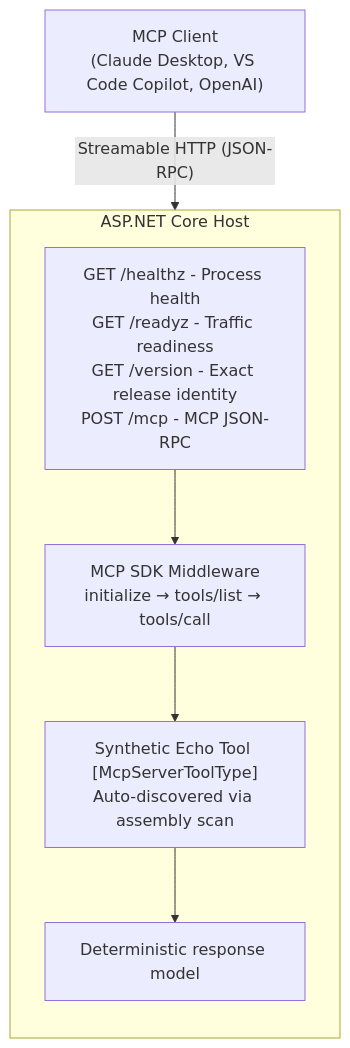
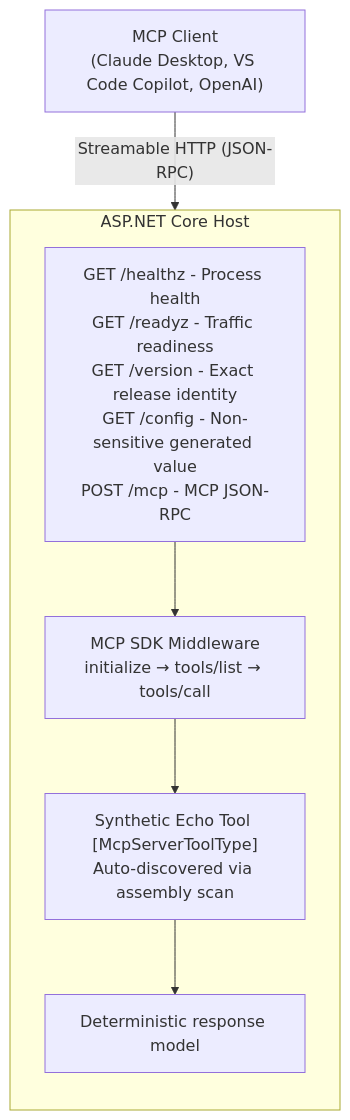
The diagram in README.md (ADASK-B/Mcp.Connector.Template), drawn with Mermaid before and after one commit. The commit also changed other lines of this file and 16 other files, not shown here.

````diff
--- a/README.md
+++ b/README.md
@@ -130,17 +132,17 @@
 ```mermaid
 graph TD
     Client["MCP Client<br/>(Claude Desktop, VS Code Copilot, OpenAI)"]
     Client -->|"Streamable HTTP (JSON-RPC)"| Host
 
     subgraph Host["ASP.NET Core Host"]
         direction TB
-        Endpoints["GET /healthz - Process health<br/>GET /readyz - Traffic readiness<br/>GET /version - Exact release identity<br/>POST /mcp - MCP JSON-RPC"]
+        Endpoints["GET /healthz - Process health<br/>GET /readyz - Traffic readiness<br/>GET /version - Exact release identity<br/>GET /config - Non-sensitive generated value<br/>POST /mcp - MCP JSON-RPC"]
         SDK["MCP SDK Middleware<br/>initialize → tools/list → tools/call"]
         Tools["Synthetic Echo Tool [McpServerToolType]<br/>Auto-discovered via assembly scan"]
         Model["Deterministic response model"]
 
         Endpoints --> SDK
         SDK --> Tools
         Tools --> Model
     end
 ```
````
